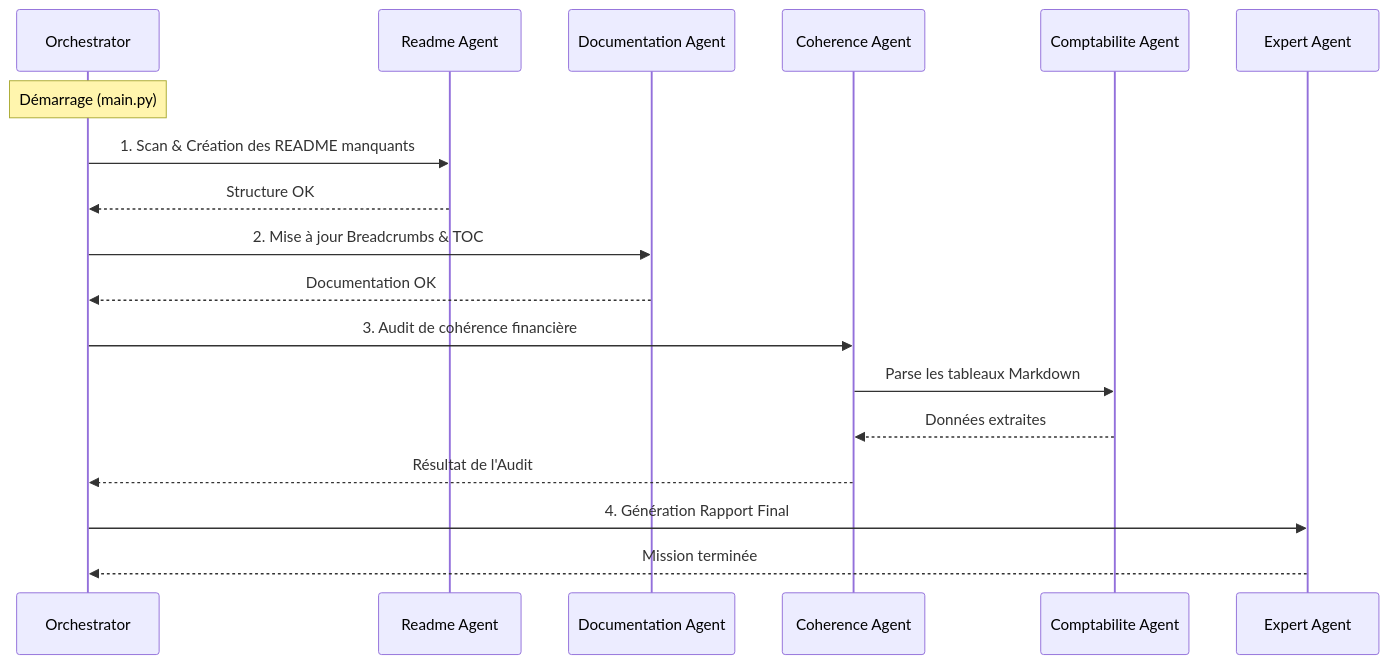
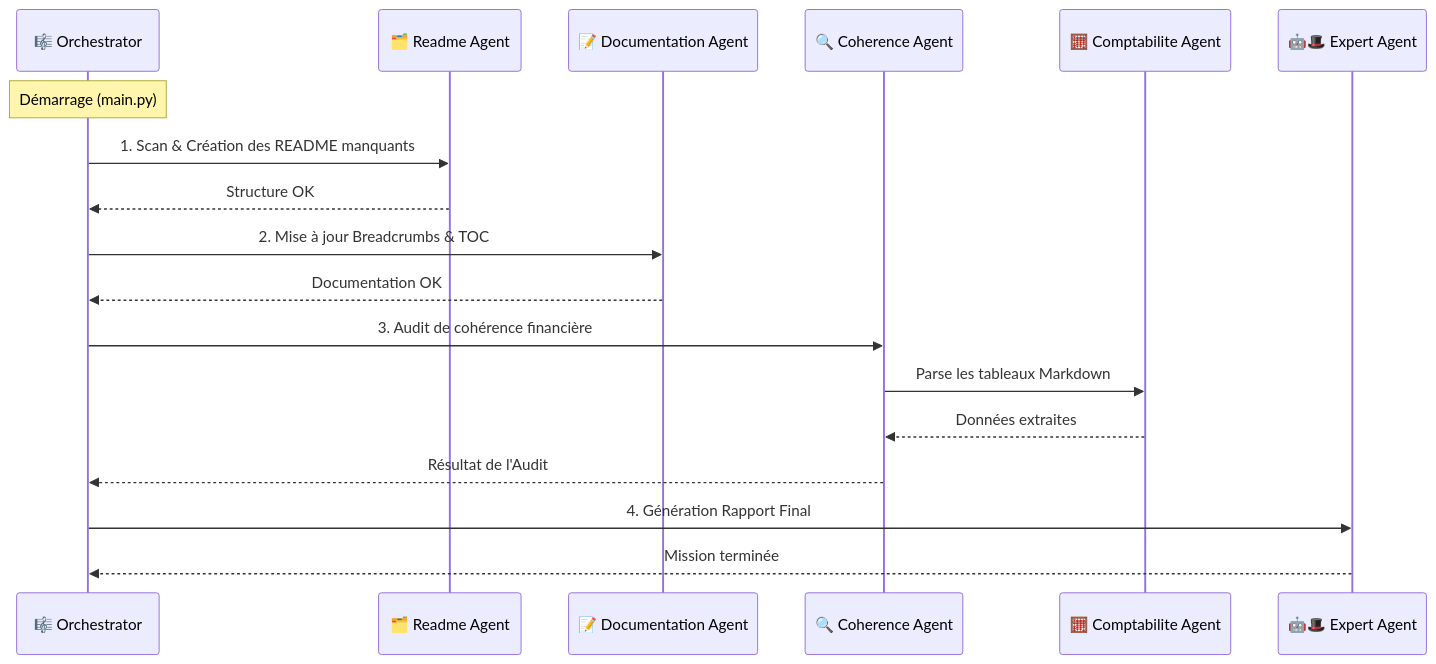
One commit to GribouilleImport/ChezSIA changed the second of 2 diagrams in .dev/agents/README.md. Above: the diagram before and after it, drawn with Mermaid. The commit also changed other lines of this file, not shown here.

Commit message:
docs: enrichissement visuel des schémas Mermaid avec des emojis\n\n- Ajout des emojis dans le graphique d'architecture\n- Ajout des emojis dans le diagramme de séquence pour une meilleure cohérence visuelle

````diff
--- a/.dev/agents/README.md
+++ b/.dev/agents/README.md
@@ -51,25 +52,25 @@
 ```mermaid
 sequenceDiagram
-    participant O as Orchestrator
-    participant R as Readme Agent
-    participant D as Documentation Agent
-    participant C as Coherence Agent
-    participant A as Comptabilite Agent
-    participant E as Expert Agent
+    participant O as 🎼 Orchestrator
+    participant R as 🗂️ Readme Agent
+    participant D as 📝 Documentation Agent
+    participant C as 🔍 Coherence Agent
+    participant A as 🧮 Comptabilite Agent
+    participant E as 🤖🎩 Expert Agent
 
     Note over O: Démarrage (main.py)
     
     O->>R: 1. Scan & Création des README manquants
     R-->>O: Structure OK
     
     O->>D: 2. Mise à jour Breadcrumbs & TOC
     D-->>O: Documentation OK
     
     O->>C: 3. Audit de cohérence financière
     C->>A: Parse les tableaux Markdown
     A-->>C: Données extraites
     C-->>O: Résultat de l'Audit
     
     O->>E: 4. Génération Rapport Final
     E-->>O: Mission terminée
 ```
````
